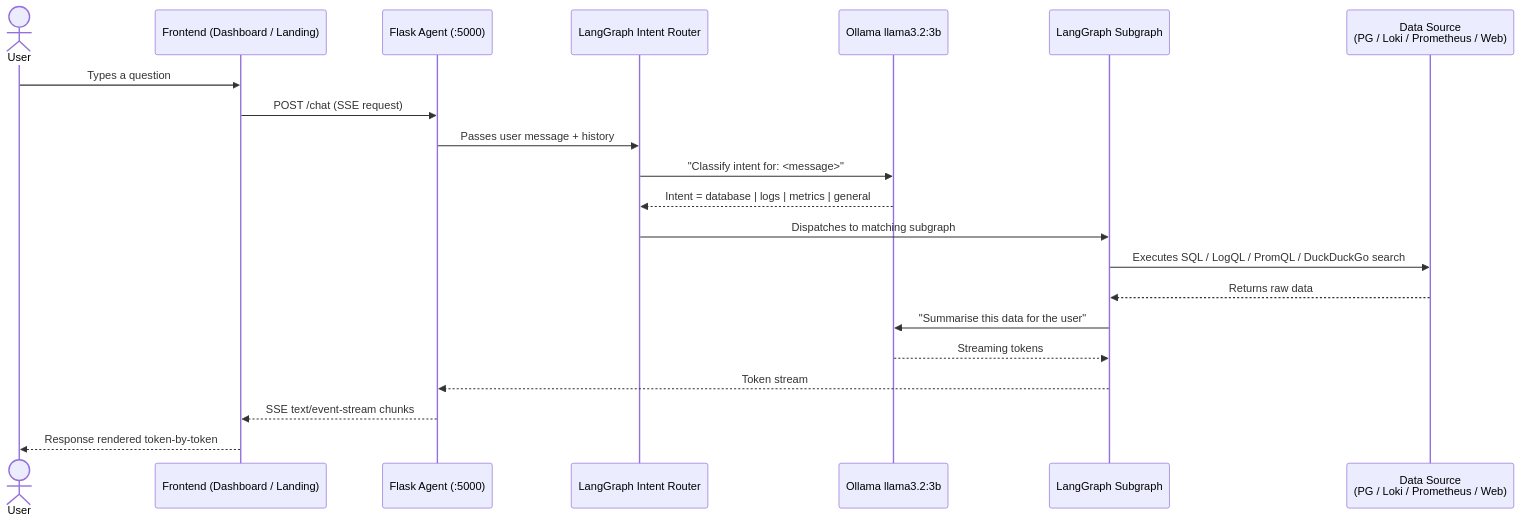
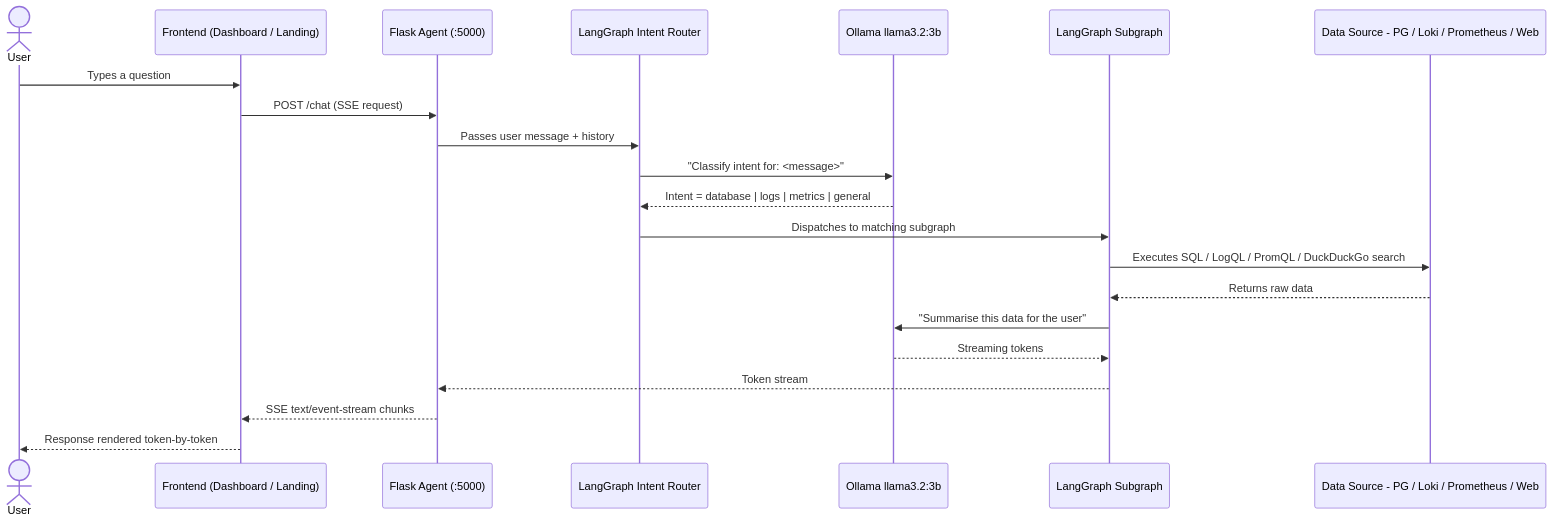
Before and after one commit to mohitkumhar/business-ai-agent: the second of 2 diagrams in docs/ARCHITECTURE.md, drawn with Mermaid. The commit also changed other lines of this file, not shown here.

Commit message:
docs: fix Mermaid diagram syntax for GitHub rendering

````diff
--- a/docs/ARCHITECTURE.md
+++ b/docs/ARCHITECTURE.md
@@ -95,24 +94,24 @@
 ```mermaid
 sequenceDiagram
     actor User
     participant FE as Frontend (Dashboard / Landing)
     participant Flask as Flask Agent (:5000)
     participant Router as LangGraph Intent Router
     participant LLM as Ollama llama3.2:3b
     participant Sub as LangGraph Subgraph
-    participant DS as Data Source<br/>(PG / Loki / Prometheus / Web)
+    participant DS as Data Source - PG / Loki / Prometheus / Web
 
     User->>FE: Types a question
     FE->>Flask: POST /chat (SSE request)
     Flask->>Router: Passes user message + history
     Router->>LLM: "Classify intent for: <message>"
     LLM-->>Router: Intent = database | logs | metrics | general
     Router->>Sub: Dispatches to matching subgraph
     Sub->>DS: Executes SQL / LogQL / PromQL / DuckDuckGo search
     DS-->>Sub: Returns raw data
     Sub->>LLM: "Summarise this data for the user"
     LLM-->>Sub: Streaming tokens
     Sub-->>Flask: Token stream
     Flask-->>FE: SSE text/event-stream chunks
     FE-->>User: Response rendered token-by-token
 ```
````
